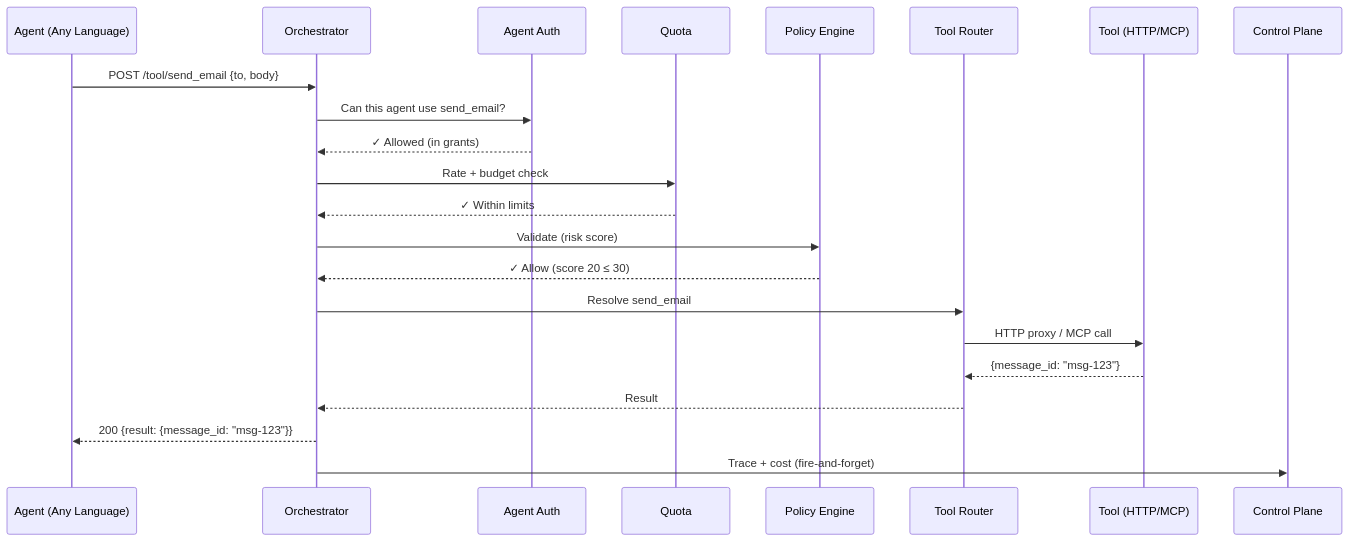
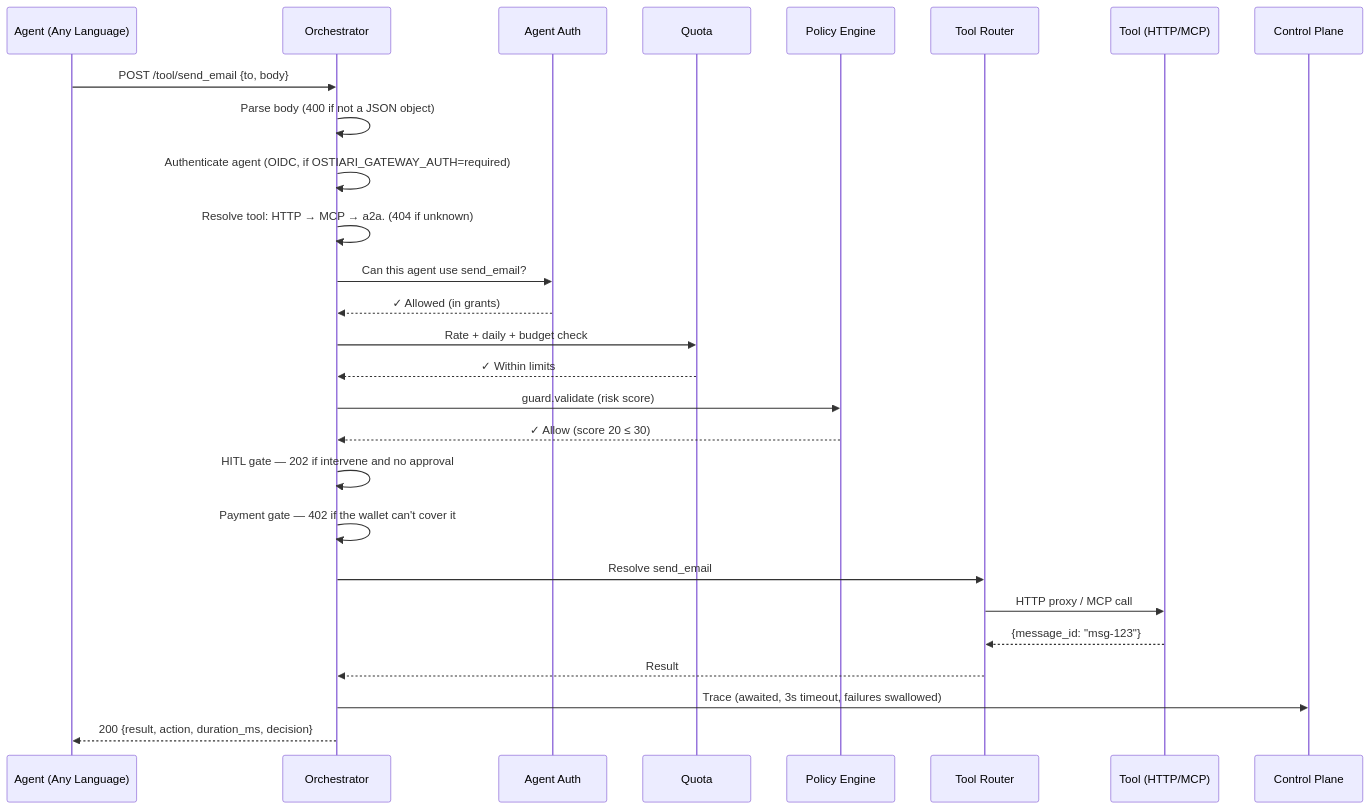
One commit to hk-775/ostiari changed the third of 41 diagrams in docs/gateway-architecture.md. Above: the diagram before and after it, drawn with Mermaid. The commit also changed other lines of this file and 21 other files, not shown here.

````diff
--- a/docs/gateway-architecture.md
+++ b/docs/gateway-architecture.md
@@ -138,25 +164,30 @@
 ```mermaid
 sequenceDiagram
     participant Agent as Agent (Any Language)
     participant Orch as Orchestrator
     participant Auth as Agent Auth
     participant Quota as Quota
     participant Policy as Policy Engine
     participant Router as Tool Router
     participant Tool as Tool (HTTP/MCP)
     participant CP as Control Plane
 
     Agent->>Orch: POST /tool/send_email {to, body}
+    Orch->>Orch: Parse body (400 if not a JSON object)
+    Orch->>Orch: Authenticate agent (OIDC, if OSTIARI_GATEWAY_AUTH=required)
+    Orch->>Orch: Resolve tool: HTTP → MCP → a2a. (404 if unknown)
     Orch->>Auth: Can this agent use send_email?
     Auth-->>Orch: ✓ Allowed (in grants)
-    Orch->>Quota: Rate + budget check
+    Orch->>Quota: Rate + daily + budget check
     Quota-->>Orch: ✓ Within limits
-    Orch->>Policy: Validate (risk score)
+    Orch->>Policy: guard.validate (risk score)
     Policy-->>Orch: ✓ Allow (score 20 ≤ 30)
+    Orch->>Orch: HITL gate — 202 if intervene and no approval
+    Orch->>Orch: Payment gate — 402 if the wallet can't cover it
     Orch->>Router: Resolve send_email
     Router->>Tool: HTTP proxy / MCP call
     Tool-->>Router: {message_id: "msg-123"}
     Router-->>Orch: Result
-    Orch-->>Agent: 200 {result: {message_id: "msg-123"}}
-    Orch->>CP: Trace + cost (fire-and-forget)
+    Orch->>CP: Trace (awaited, 3s timeout, failures swallowed)
+    Orch-->>Agent: 200 {result, action, duration_ms, decision}
 ```
````
